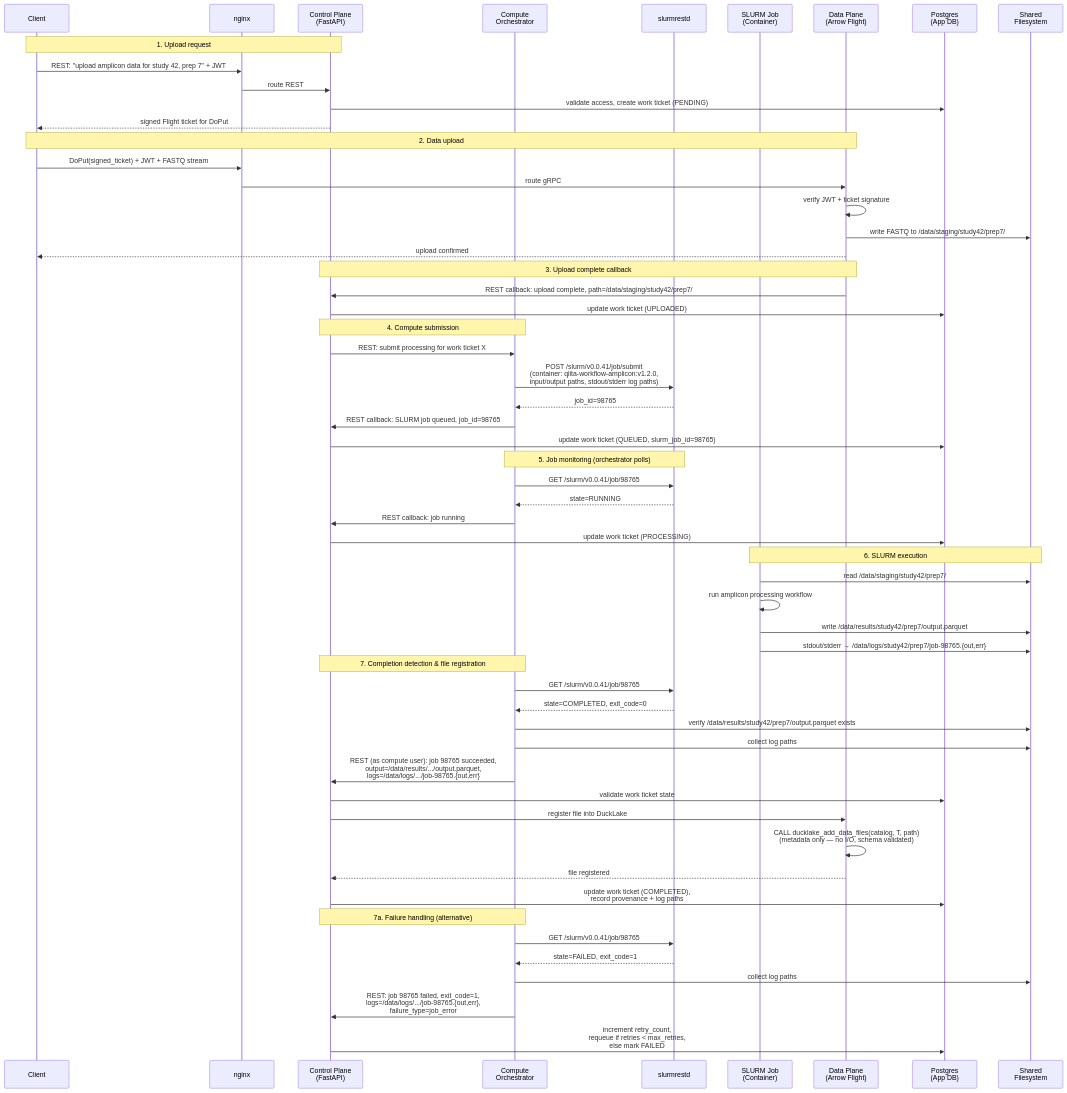
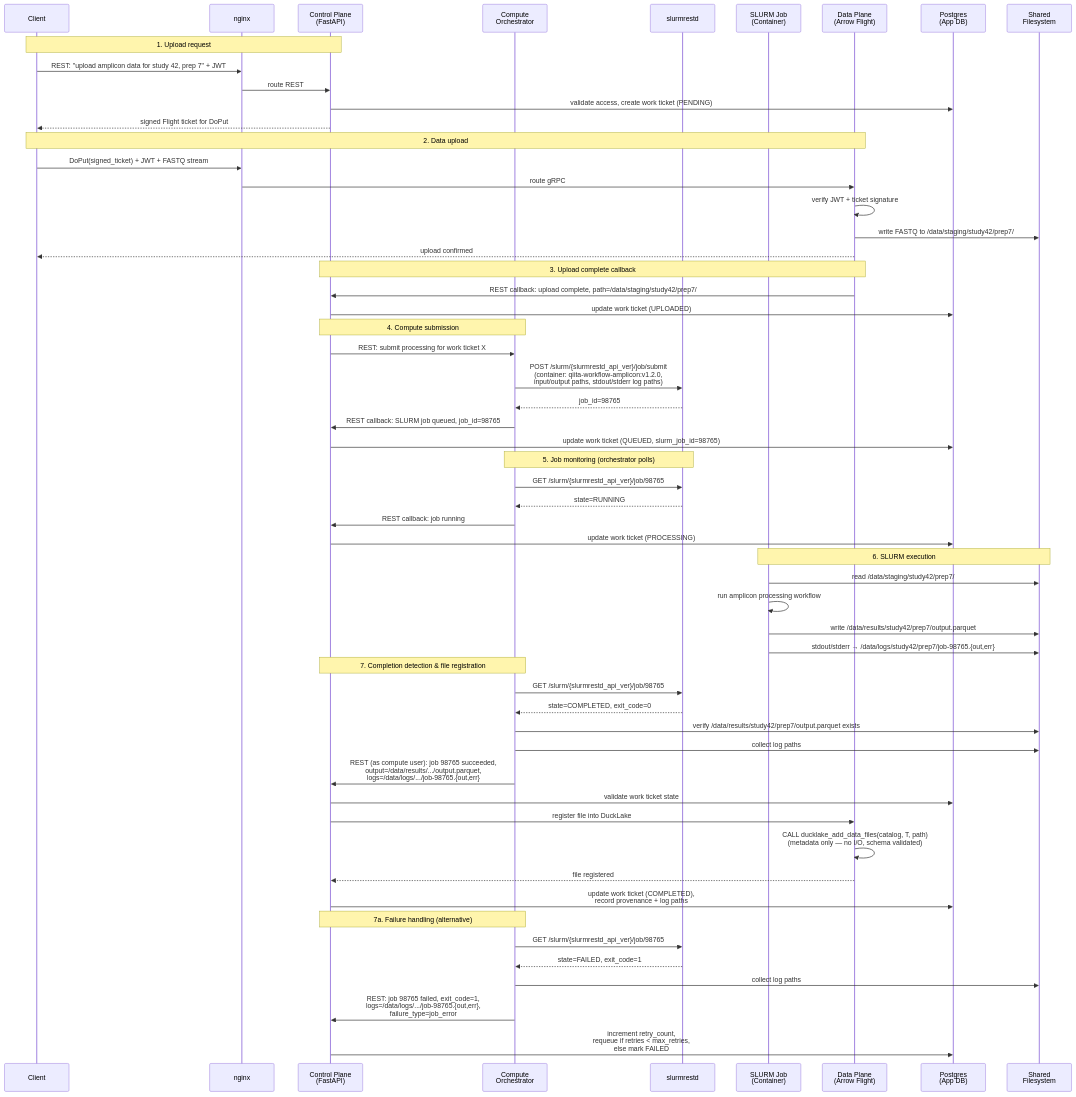
One commit to the-miint/Qiita changed the third of 4 diagrams in docs/architecture.md. Above: the diagram before and after it, drawn with Mermaid. The commit also changed other lines of this file and 33 other files, not shown here.

````diff
--- a/docs/architecture.md
+++ b/docs/architecture.md
@@ -262,67 +262,67 @@
 ```mermaid
 sequenceDiagram
     participant C as Client
     participant NX as nginx
     participant CP as Control Plane<br/>(FastAPI)
     participant CO as Compute<br/>Orchestrator
     participant SR as slurmrestd
     participant SL as SLURM Job<br/>(Container)
     participant DP as Data Plane<br/>(Arrow Flight)
     participant PG_APP as Postgres<br/>(App DB)
     participant FS as Shared<br/>Filesystem
 
     Note over C,CP: 1. Upload request
     C->>NX: REST: "upload amplicon data for study 42, prep 7" + JWT
     NX->>CP: route REST
     CP->>PG_APP: validate access, create work ticket (PENDING)
     CP-->>C: signed Flight ticket for DoPut
 
     Note over C,DP: 2. Data upload
     C->>NX: DoPut(signed_ticket) + JWT + FASTQ stream
     NX->>DP: route gRPC
     DP->>DP: verify JWT + ticket signature
     DP->>FS: write FASTQ to /data/staging/study42/prep7/
     DP-->>C: upload confirmed
 
     Note over DP,CP: 3. Upload complete callback
     DP->>CP: REST callback: upload complete, path=/data/staging/study42/prep7/
     CP->>PG_APP: update work ticket (UPLOADED)
 
     Note over CP,CO: 4. Compute submission
     CP->>CO: REST: submit processing for work ticket X
-    CO->>SR: POST /slurm/v0.0.41/job/submit<br/>(container: qiita-workflow-amplicon:v1.2.0,<br/>input/output paths, stdout/stderr log paths)
+    CO->>SR: POST /slurm/{slurmrestd_api_ver}/job/submit<br/>(container: qiita-workflow-amplicon:v1.2.0,<br/>input/output paths, stdout/stderr log paths)
     SR-->>CO: job_id=98765
     CO->>CP: REST callback: SLURM job queued, job_id=98765
     CP->>PG_APP: update work ticket (QUEUED, slurm_job_id=98765)
 
     Note over CO,SR: 5. Job monitoring (orchestrator polls)
-    CO->>SR: GET /slurm/v0.0.41/job/98765
+    CO->>SR: GET /slurm/{slurmrestd_api_ver}/job/98765
     SR-->>CO: state=RUNNING
     CO->>CP: REST callback: job running
     CP->>PG_APP: update work ticket (PROCESSING)
 
     Note over SL,FS: 6. SLURM execution
     SL->>FS: read /data/staging/study42/prep7/
     SL->>SL: run amplicon processing workflow
     SL->>FS: write /data/results/study42/prep7/output.parquet
     SL->>FS: stdout/stderr → /data/logs/study42/prep7/job-98765.{out,err}
 
     Note over CO,CP: 7. Completion detection & file registration
-    CO->>SR: GET /slurm/v0.0.41/job/98765
+    CO->>SR: GET /slurm/{slurmrestd_api_ver}/job/98765
     SR-->>CO: state=COMPLETED, exit_code=0
     CO->>FS: verify /data/results/study42/prep7/output.parquet exists
     CO->>FS: collect log paths
     CO->>CP: REST (as compute user): job 98765 succeeded,<br/>output=/data/results/.../output.parquet,<br/>logs=/data/logs/.../job-98765.{out,err}
     CP->>PG_APP: validate work ticket state
     CP->>DP: register file into DuckLake
     DP->>DP: CALL ducklake_add_data_files(catalog, T, path)<br/>(metadata only — no I/O, schema validated)
     DP-->>CP: file registered
     CP->>PG_APP: update work ticket (COMPLETED),<br/>record provenance + log paths
 
     Note over CO,CP: 7a. Failure handling (alternative)
-    CO->>SR: GET /slurm/v0.0.41/job/98765
+    CO->>SR: GET /slurm/{slurmrestd_api_ver}/job/98765
     SR-->>CO: state=FAILED, exit_code=1
     CO->>FS: collect log paths
     CO->>CP: REST: job 98765 failed, exit_code=1,<br/>logs=/data/logs/.../job-98765.{out,err},<br/>failure_type=job_error
     CP->>PG_APP: increment retry_count,<br/>requeue if retries < max_retries,<br/>else mark FAILED
 ```
````
